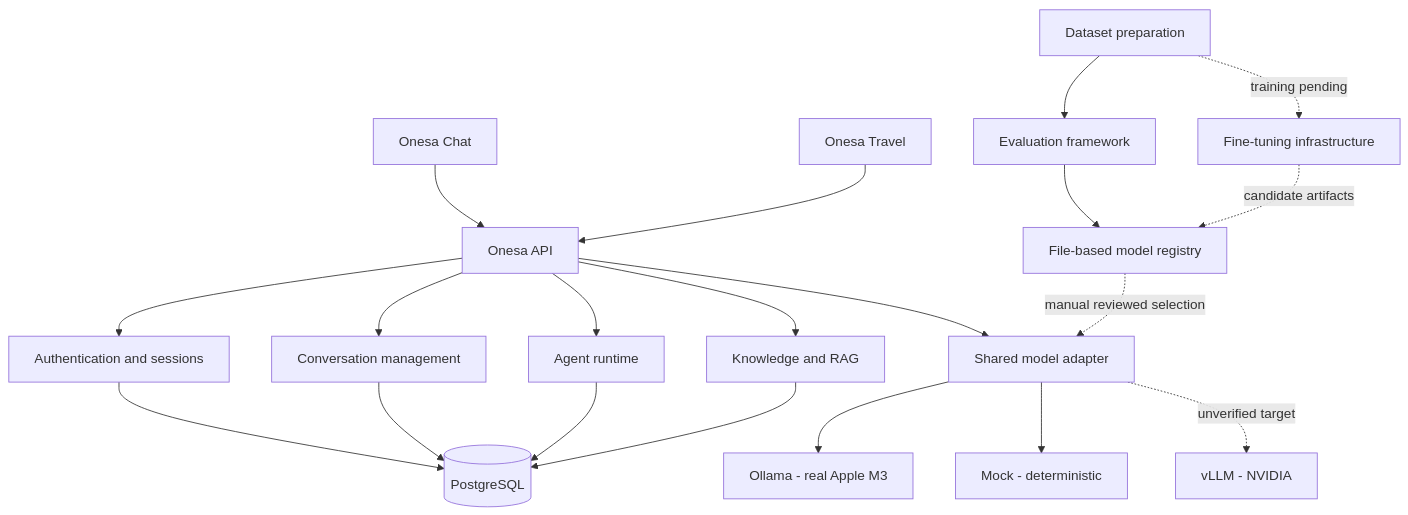
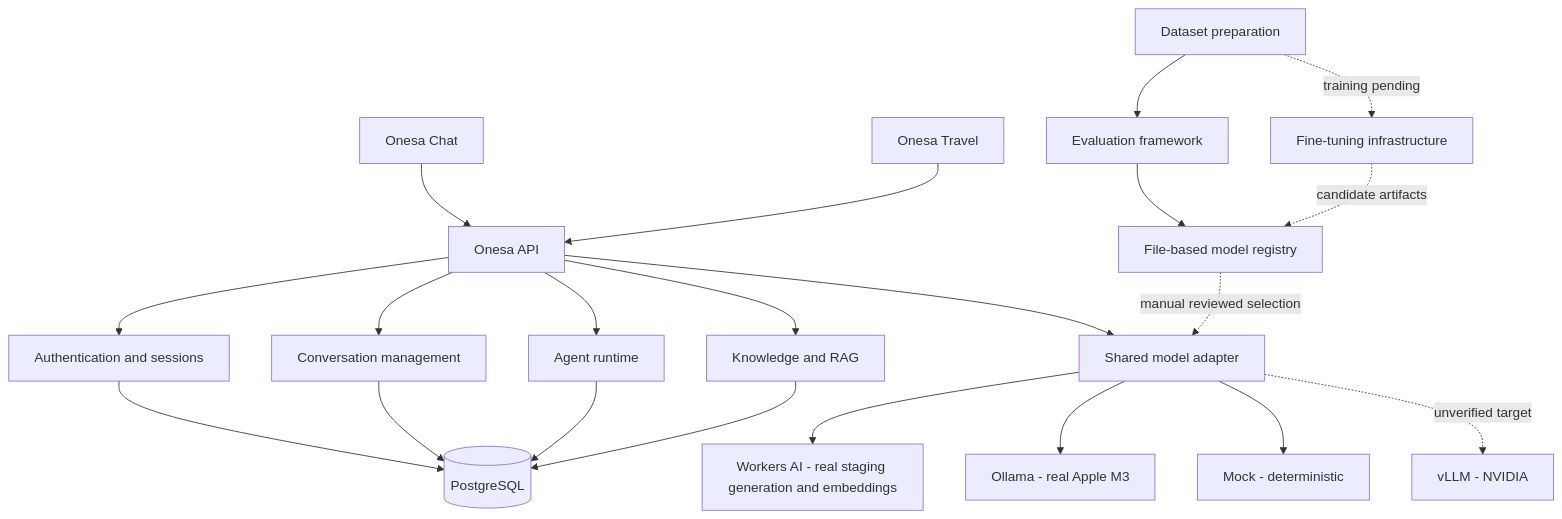
One commit to DruHustle/onesa-ai-platform changed the diagram in docs/diagrams/system.mmd. Above: the diagram before and after it, drawn with Mermaid. The commit also changed 88 other files, not shown here.

Commit message:
Add visual engineering onboarding and current deployment architecture

```diff
--- a/docs/diagrams/system.mmd
+++ b/docs/diagrams/system.mmd
@@ -1,20 +1,21 @@
 flowchart TB
   Chat[Onesa Chat] --> API[Onesa API]
   Travel[Onesa Travel] --> API
   API --> Auth[Authentication and sessions]
   API --> Conversations[Conversation management]
   API --> Agent[Agent runtime]
   API --> RAG[Knowledge and RAG]
   API --> Adapter[Shared model adapter]
   Auth --> PG[(PostgreSQL)]
   Conversations --> PG
   Agent --> PG
   RAG --> PG
+  Adapter --> CF[Workers AI - real staging generation and embeddings]
   Adapter --> Ollama[Ollama - real Apple M3]
   Adapter --> Mock[Mock - deterministic]
   Adapter -. unverified target .-> VLLM[vLLM - NVIDIA]
   Prep[Dataset preparation] --> Eval[Evaluation framework]
   Prep -. training pending .-> Train[Fine-tuning infrastructure]
   Train -. candidate artifacts .-> Registry[File-based model registry]
   Eval --> Registry
   Registry -. manual reviewed selection .-> Adapter
```
